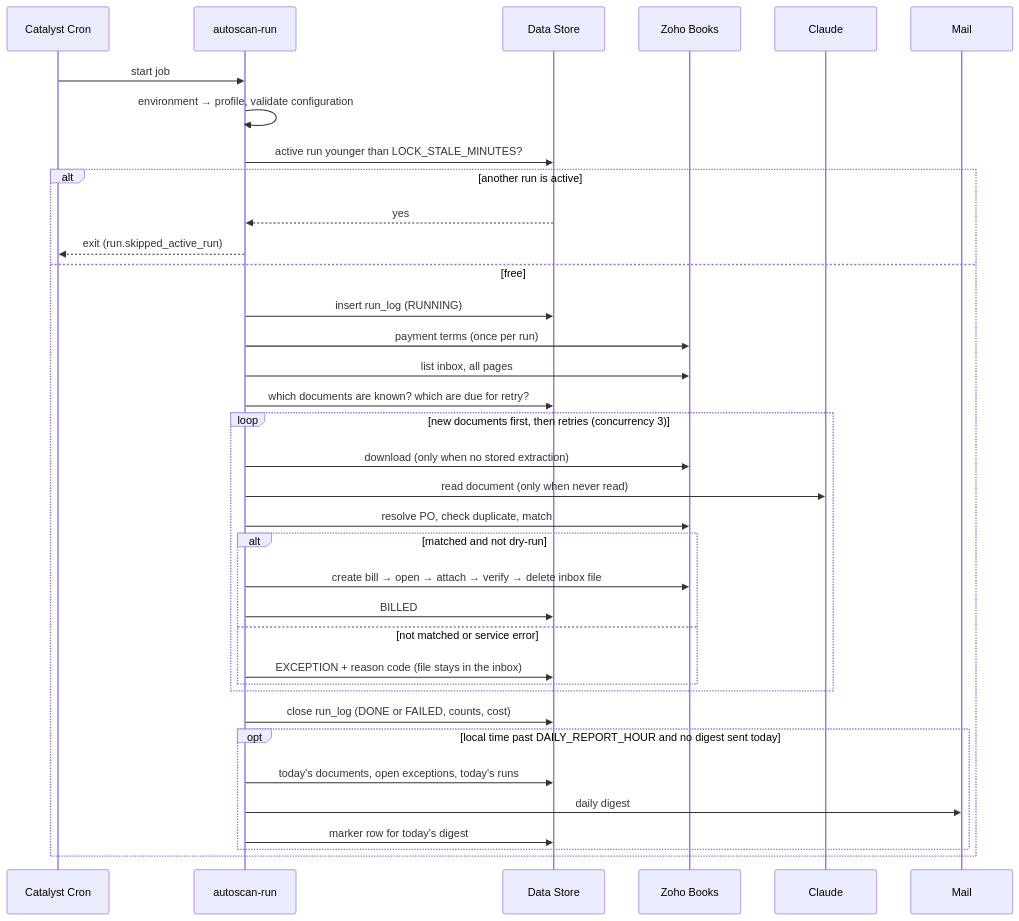
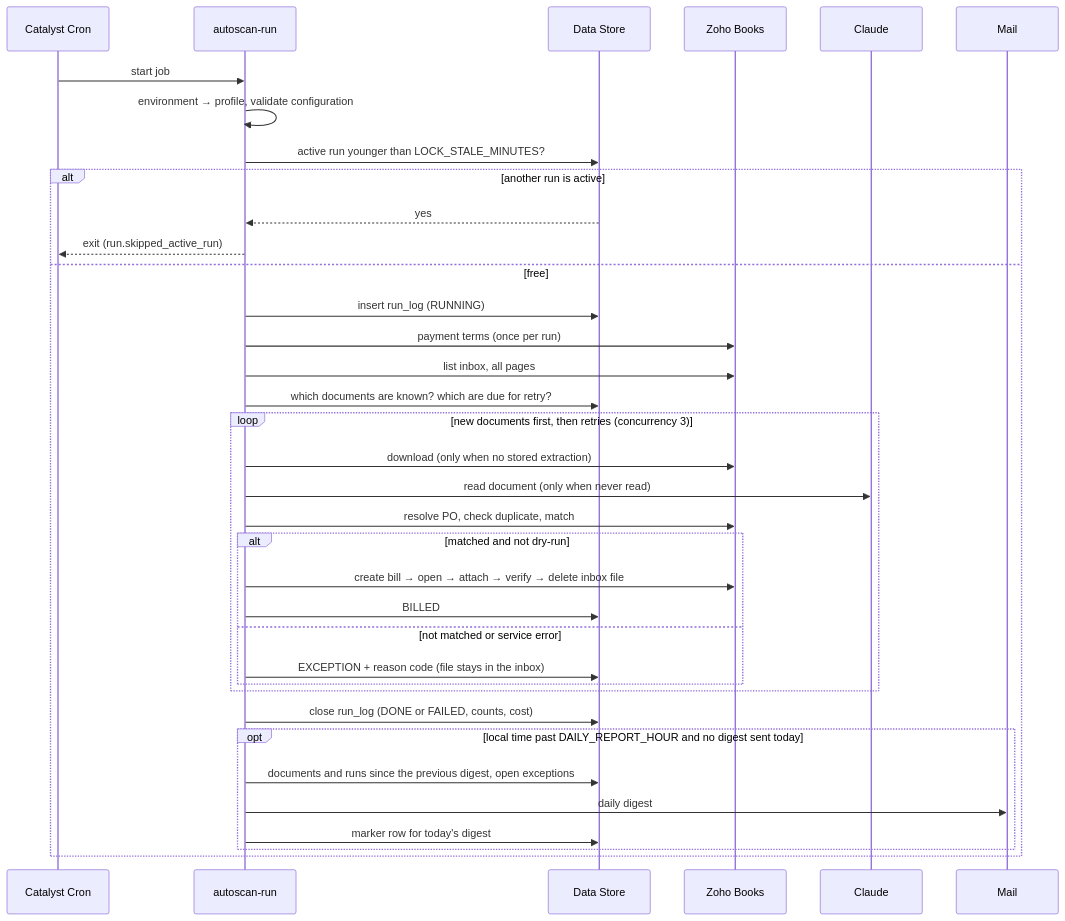
The second of 3 diagrams in docs/architecture.md (AthanasiosOikonomou/zoho-books-autoscan), drawn with Mermaid before and after one commit. The commit also changed other lines of this file and 13 other files, not shown here.

Commit message:
Retries: 5-minute slack on the retry window, one-shot re-check of held documents after a deploy; daily digest covers everything since the previous one

````diff
--- a/docs/architecture.md
+++ b/docs/architecture.md
@@ -39,38 +39,38 @@
 ```mermaid
 sequenceDiagram
     participant C as Catalyst Cron
     participant F as autoscan-run
     participant D as Data Store
     participant B as Zoho Books
     participant A as Claude
     participant M as Mail
     C->>F: start job
     F->>F: environment → profile, validate configuration
     F->>D: active run younger than LOCK_STALE_MINUTES?
     alt another run is active
         D-->>F: yes
         F-->>C: exit (run.skipped_active_run)
     else free
         F->>D: insert run_log (RUNNING)
         F->>B: payment terms (once per run)
         F->>B: list inbox, all pages
         F->>D: which documents are known? which are due for retry?
         loop new documents first, then retries (concurrency 3)
             F->>B: download (only when no stored extraction)
             F->>A: read document (only when never read)
             F->>B: resolve PO, check duplicate, match
             alt matched and not dry-run
                 F->>B: create bill → open → attach → verify → delete inbox file
                 F->>D: BILLED
             else not matched or service error
                 F->>D: EXCEPTION + reason code (file stays in the inbox)
             end
         end
         F->>D: close run_log (DONE or FAILED, counts, cost)
         opt local time past DAILY_REPORT_HOUR and no digest sent today
-            F->>D: today's documents, open exceptions, today's runs
+            F->>D: documents and runs since the previous digest, open exceptions
             F->>M: daily digest
             F->>D: marker row for today's digest
         end
     end
 ```
````
